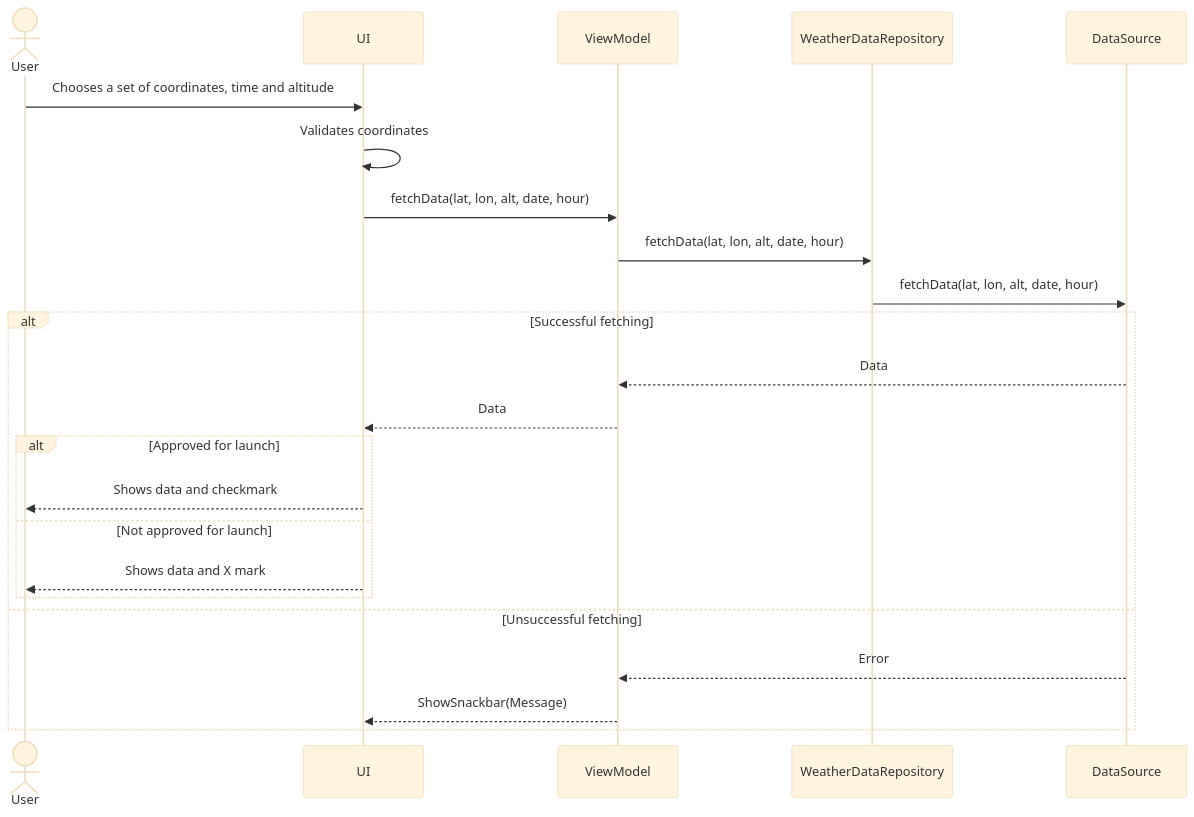
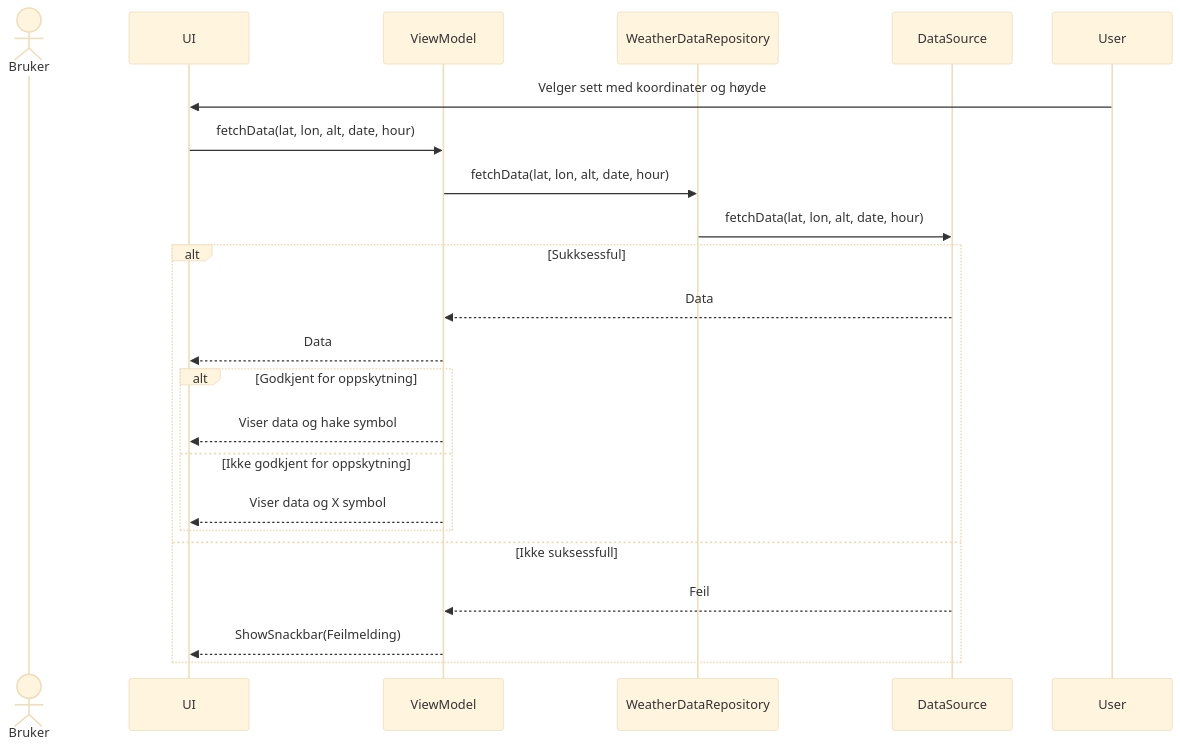
One commit to Nithusan2002/LiftOff changed the diagram in MODELING.md. Above: the diagram before and after it, drawn with Mermaid (base theme). The commit also changed other lines of this file, not shown here.

````diff
--- a/MODELING.md
+++ b/MODELING.md
@@ -3,35 +3,32 @@
 ```mermaid
 sequenceDiagram
-    actor User
+    actor Bruker
     participant UI
     participant ViewModel
     participant WeatherDataRepository
     participant DataSource
  
     
     
-    User->>UI: Chooses a set of coordinates, time and altitude
-    UI->>UI: Validates coordinates
+    User->>UI: Velger sett med koordinater og høyde
    
     UI->>ViewModel: fetchData(lat, lon, alt, date, hour)
     ViewModel->>WeatherDataRepository: fetchData(lat, lon, alt, date, hour)
     WeatherDataRepository->>DataSource: fetchData(lat, lon, alt, date, hour)
 
-    alt Successful fetching
+    alt Sukksessful
         DataSource -->> ViewModel: Data
         ViewModel -->> UI: Data
         
-        alt Approved for launch
-            UI -->> User: Shows data and checkmark
-
-        else Not approved for launch
-            UI -->> User: Shows data and X mark
-
+        alt Godkjent for oppskytning
+            ViewModel -->> UI: Viser data og hake symbol
+        else Ikke godkjent for oppskytning
+            ViewModel -->> UI: Viser data og X symbol 
         end
 
-    else Unsuccessful fetching
-        DataSource -->> ViewModel: Error
-        ViewModel -->>UI: ShowSnackbar(Message)
+
+    else Ikke suksessfull 
+        DataSource -->> ViewModel: Feil
+        ViewModel -->>UI: ShowSnackbar(Feilmelding)
     end
-
 ```
````
